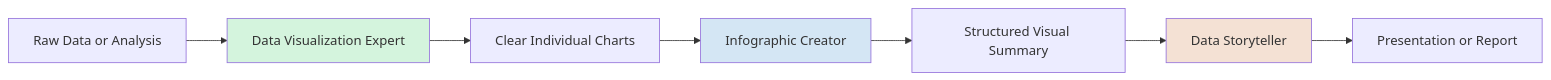
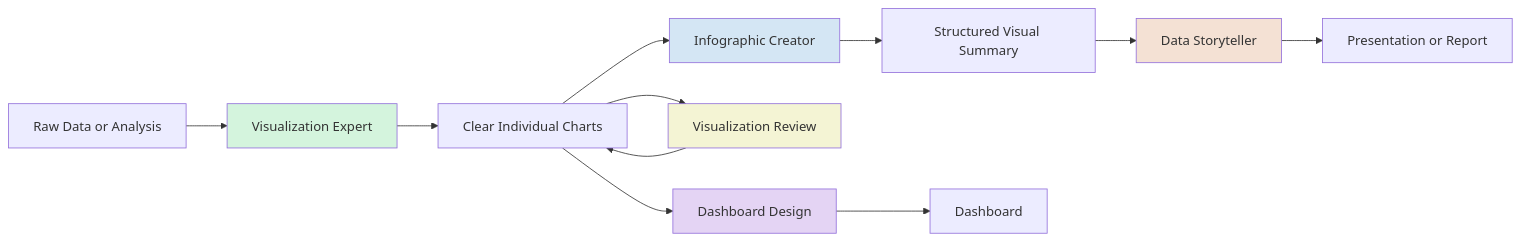
One commit to oh-da/dataink changed the first of 2 diagrams in README.md. Above: the diagram before and after it, drawn with Mermaid. The commit also changed other lines of this file and 23 other files, not shown here.

First line of the commit message:
v3.0.0: Add review and dashboard skills, accessibility, and best-practices alignment

````diff
--- a/README.md
+++ b/README.md
@@ -39,19 +38,27 @@
 ```mermaid
 flowchart LR
 
-A[Raw Data or Analysis] --> B[Data Visualization Expert]
+A[Raw Data or Analysis] --> B[Visualization Expert]
 
 B --> C[Clear Individual Charts]
 
 C --> D[Infographic Creator]
 
 D --> E[Structured Visual Summary]
 
 E --> F[Data Storyteller]
 
 F --> G[Presentation or Report]
 
+C --> H[Visualization Review]
+H --> C
+
+C --> I[Dashboard Design]
+I --> J[Dashboard]
+
 style B fill:#d4f4dd
 style D fill:#d4e6f4
 style F fill:#f4e1d4
+style H fill:#f4f4d4
+style I fill:#e4d4f4
 ```
````
